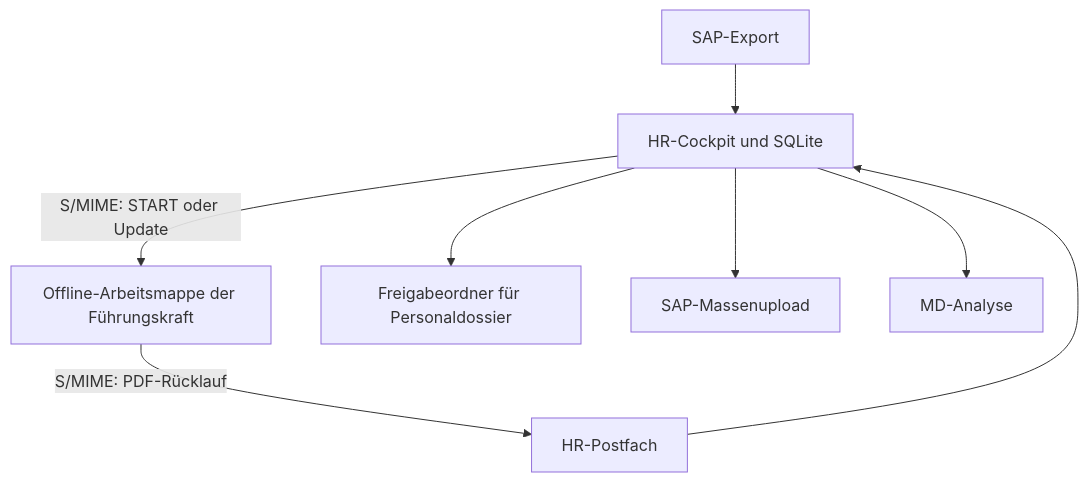
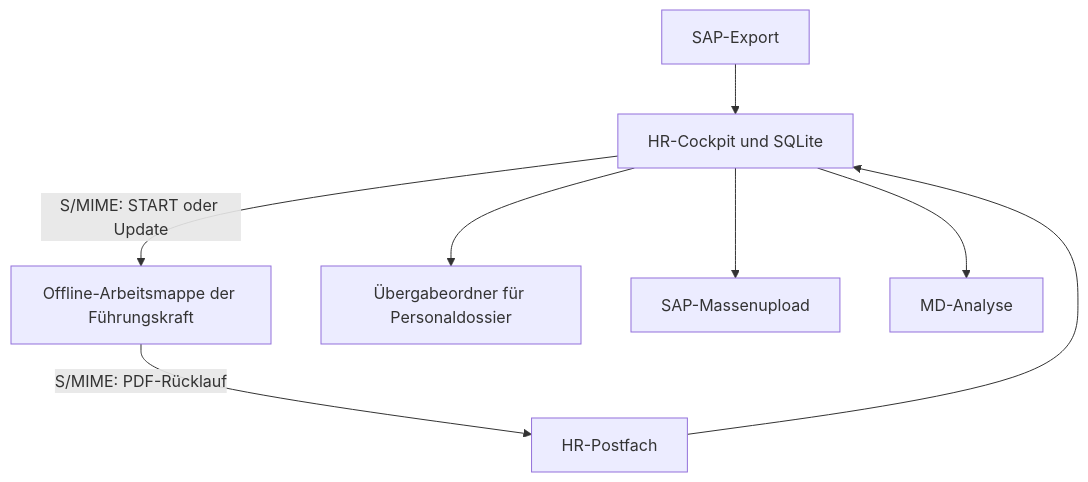
Before and after one commit to maxandul/md-app-v2026: the diagram in docs/ANFORDERUNGEN.md, drawn with Mermaid. The commit also changed other lines of this file and 16 other files, not shown here.

````diff
--- a/docs/ANFORDERUNGEN.md
+++ b/docs/ANFORDERUNGEN.md
@@ -34,10 +34,10 @@
 ```mermaid
 flowchart TD
     SAP["SAP-Export"] --> HR["HR-Cockpit und SQLite"]
     HR -->|"S/MIME: START oder Update"| VG["Offline-Arbeitsmappe der Führungskraft"]
     VG -->|"S/MIME: PDF-Rücklauf"| MAIL["HR-Postfach"]
     MAIL --> HR
-    HR --> RPA["Freigabeordner für Personaldossier"]
+    HR --> ABLAGE["Übergabeordner für Personaldossier"]
     HR --> UPLOAD["SAP-Massenupload"]
     HR --> ANALYSE["MD-Analyse"]
 ```
````
